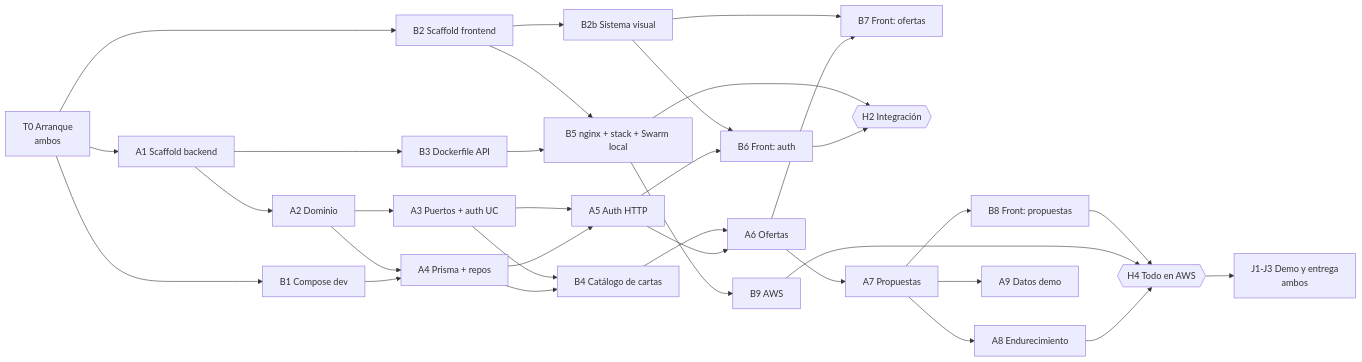
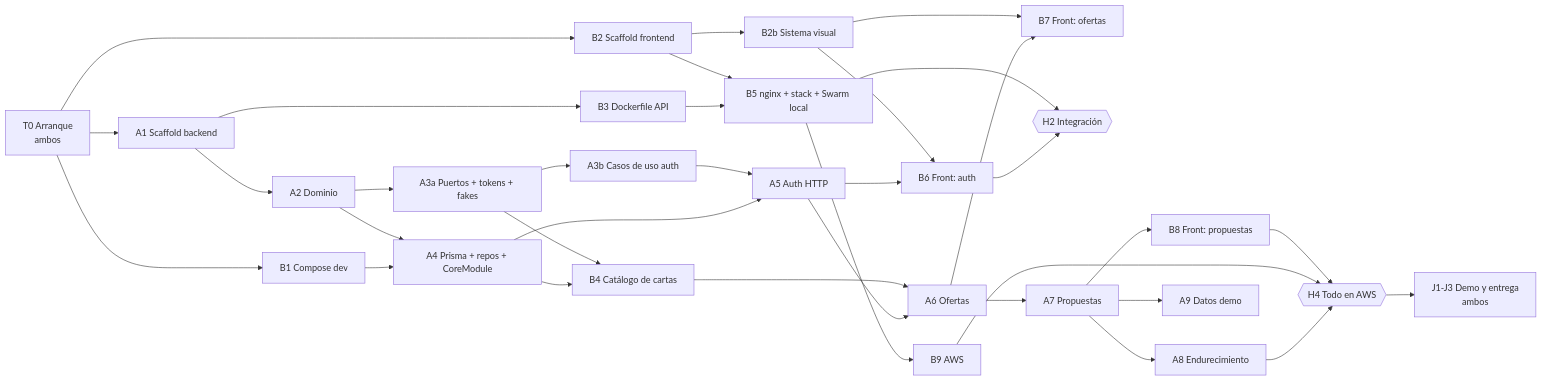
Before and after one commit to PepeTza/FoilHub: the diagram in docs/PLAN.md, drawn with Mermaid. The commit also changed other lines of this file, not shown here.

````diff
--- a/docs/PLAN.md
+++ b/docs/PLAN.md
@@ -77,35 +98,36 @@
 ```mermaid
 flowchart LR
     T0[T0 Arranque<br/>ambos] --> A1[A1 Scaffold backend]
     T0 --> B1[B1 Compose dev]
     T0 --> B2[B2 Scaffold frontend]
     A1 --> A2[A2 Dominio]
     A1 --> B3[B3 Dockerfile API]
-    A2 --> A3[A3 Puertos + auth UC]
-    A2 --> A4[A4 Prisma + repos]
+    A2 --> A3a[A3a Puertos + tokens + fakes]
+    A3a --> A3b[A3b Casos de uso auth]
+    A2 --> A4[A4 Prisma + repos + CoreModule]
     B1 --> A4
-    A3 --> A5[A5 Auth HTTP]
+    A3b --> A5[A5 Auth HTTP]
     A4 --> A5
-    A3 --> B4[B4 Catálogo de cartas]
+    A3a --> B4[B4 Catálogo de cartas]
     A4 --> B4
     B2 --> B5[B5 nginx + stack + Swarm local]
     B3 --> B5
     B2 --> B2b[B2b Sistema visual]
     B2b --> B6
     B2b --> B7
     A5 --> B6[B6 Front: auth]
     B5 --> H2{{H2 Integración}}
     B6 --> H2
     B4 --> A6[A6 Ofertas]
     A5 --> A6
     A6 --> A7[A7 Propuestas]
     A6 --> B7[B7 Front: ofertas]
     A7 --> B8[B8 Front: propuestas]
     B5 --> B9[B9 AWS]
     A7 --> A8[A8 Endurecimiento]
     A7 --> A9[A9 Datos demo]
     B8 --> H4{{H4 Todo en AWS}}
     B9 --> H4
     A8 --> H4
     H4 --> J1[J1-J3 Demo y entrega<br/>ambos]
 ```
````
